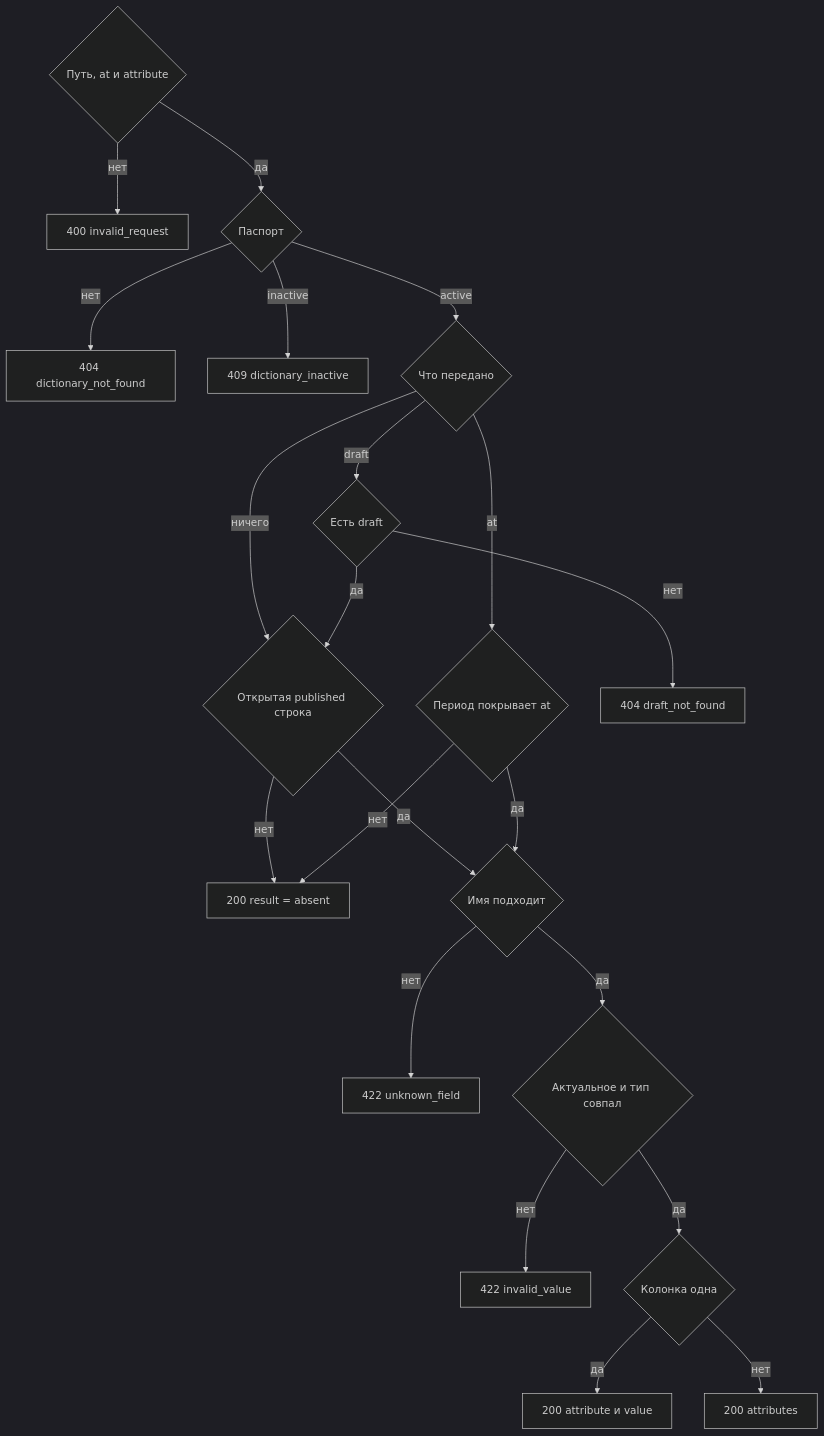
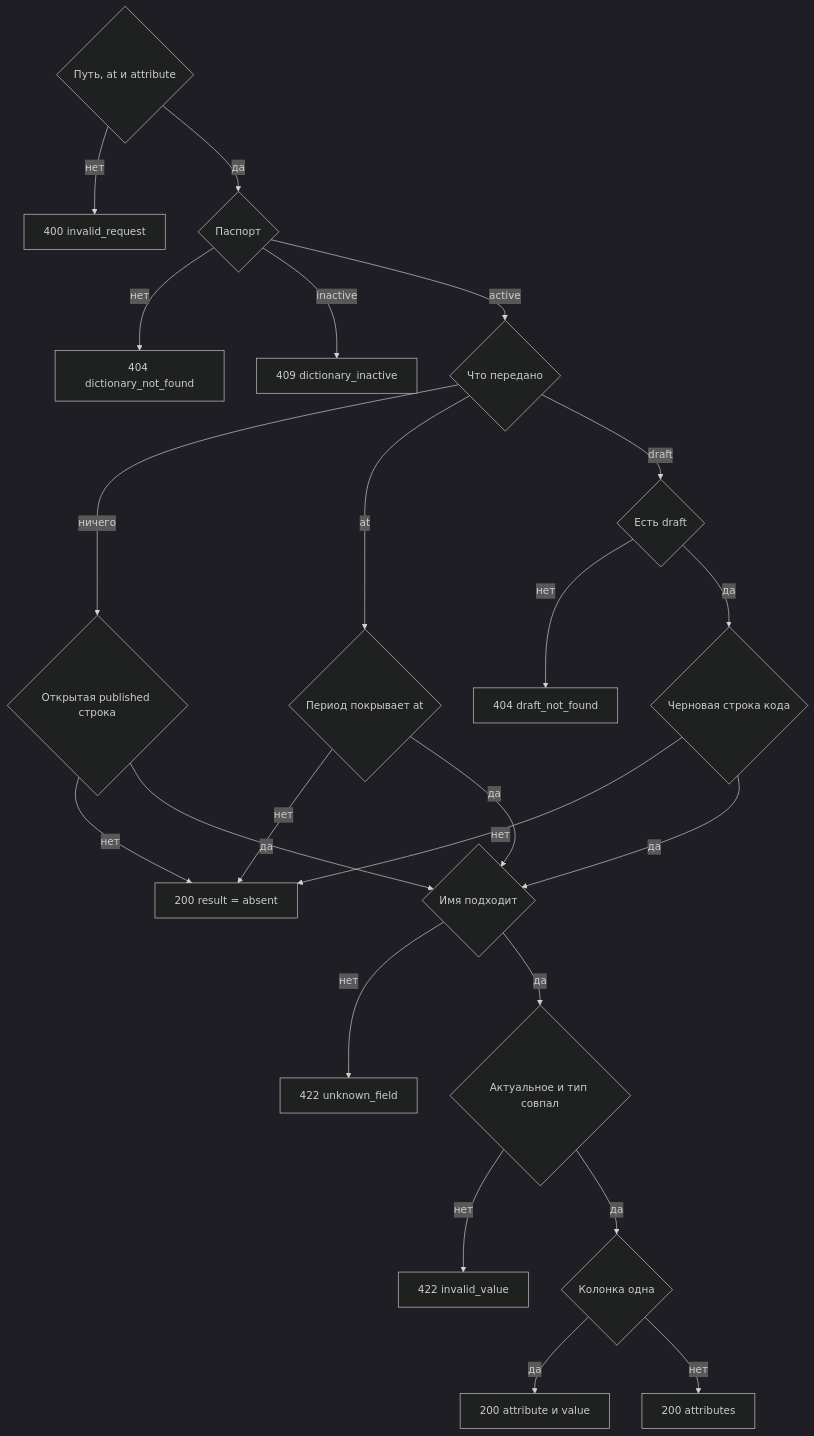
Before and after one commit to StrannikE95/reference_data: the diagram in docs/1. functional/specification/v2 - 1 таблица/api/service.api/DataController/get_value.md, drawn with Mermaid (dark theme). The commit also changed other lines of this file and 7 other files, not shown here.

````diff
--- a/docs/1. functional/specification/v2 - 1 таблица/api/service.api/DataController/get_value.md
+++ b/docs/1. functional/specification/v2 - 1 таблица/api/service.api/DataController/get_value.md
@@ -105,23 +107,25 @@
 ```mermaid
 flowchart TD
   fmt{"Путь, at и attribute"} -->|нет| bad["400 invalid_request"]
   fmt -->|да| found{"Паспорт"}
   found -->|нет| miss["404 dictionary_not_found"]
   found -->|inactive| off["409 dictionary_inactive"]
   found -->|active| mode{"Что передано"}
   mode -->|ничего| open{"Открытая published строка"}
   mode -->|at| moment{"Период покрывает at"}
   mode -->|draft| dver{"Есть draft"}
   dver -->|нет| noDraft["404 draft_not_found"]
-  dver -->|да| open
+  dver -->|да| drow{"Черновая строка кода"}
+  drow -->|нет| abs
+  drow -->|да| name
   open -->|нет| abs["200 result = absent"]
   moment -->|нет| abs
   open -->|да| name{"Имя подходит"}
   moment -->|да| name
   name -->|нет| unk["422 unknown_field"]
   name -->|да| typ{"Актуальное и тип совпал"}
   typ -->|нет| badType["422 invalid_value"]
   typ -->|да| one{"Колонка одна"}
   one -->|да| scalar["200 attribute и value"]
   one -->|нет| map["200 attributes"]
 ```
````
